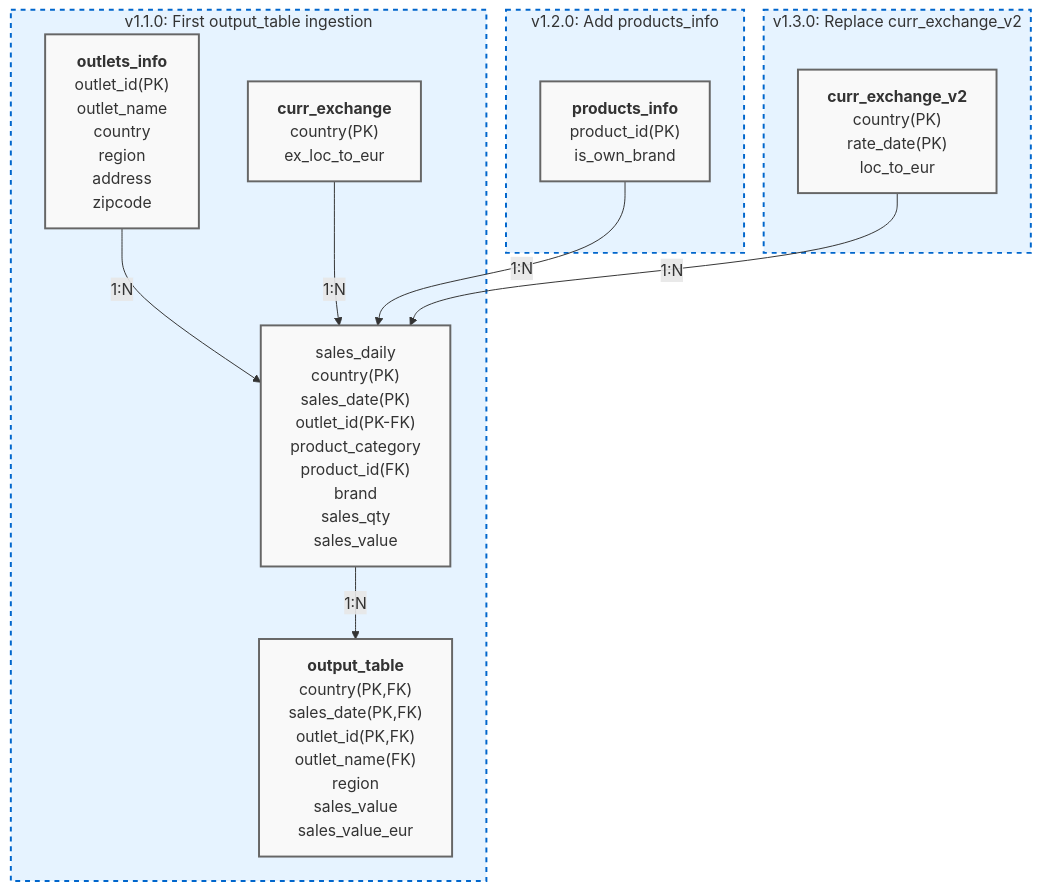
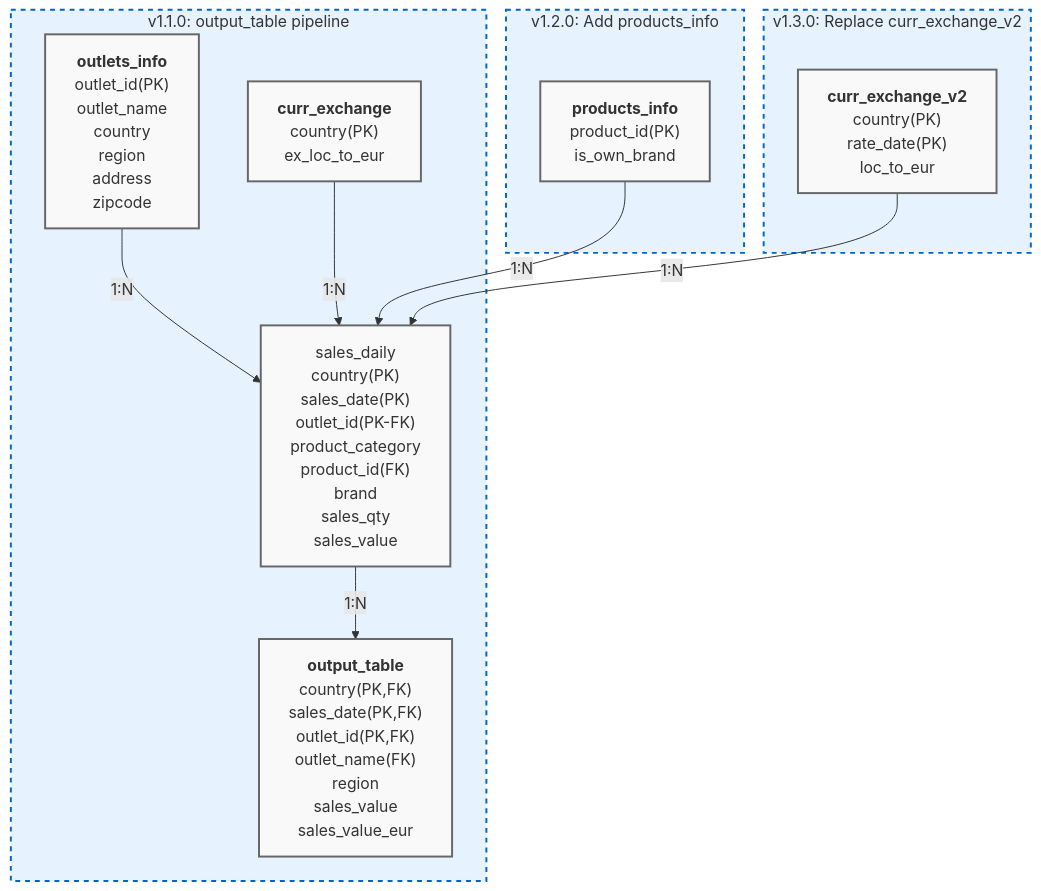
The diagram in test.md (juanjoiie/Quality-Engineer-Test), drawn with Mermaid before and after one commit.

````diff
--- a/test.md
+++ b/test.md
@@ -4,61 +4,61 @@
 ```mermaid
 %% MermaidJS Diagram (renders in Markdown-compatible tools)
 flowchart TD
     %% ===== v1.1.0 =====
-    subgraph v1_1_0["v1.1.0: First output_table ingestion"]
+    subgraph v1_1_0["v1.1.0: output_table pipeline"]
         outlets_info["<b>outlets_info</b>
                                     outlet_id(PK)
                                     outlet_name
                                     country
                                     region
                                     address
                                     zipcode"]
         curr_exchange["<b>curr_exchange</b>
                                       country(PK)
                                       ex_loc_to_eur"]
         sales_daily["sales_daily
                                   country(PK)
                                   sales_date(PK)
                                   outlet_id(PK-FK)
                                   product_category
                                   product_id(FK)
                                   brand
                                   sales_qty
                                   sales_value"]
         output_table["<b>output_table</b>
                                     country(PK,FK)
                                     sales_date(PK,FK)
                                     outlet_id(PK,FK)
                                     outlet_name(FK)
                                     region
                                     sales_value
                                     sales_value_eur"]
 
         outlets_info -->|1:N| sales_daily
         curr_exchange -->|1:N| sales_daily
         sales_daily -->|1:N| output_table
     end
 
     %% ===== v1.2.0 =====
     subgraph v1_2_0["v1.2.0: Add products_info"]
         products_info["<b>products_info</b>
                                       product_id(PK)
                                       is_own_brand"]
         products_info -->|1:N| sales_daily
     end
 
     %% ===== v1.3.0 =====
     subgraph v1_3_0["v1.3.0: Replace curr_exchange_v2"]
         curr_exchange_v2["<b>curr_exchange_v2</b>
                                             country(PK)
                                             rate_date(PK)
                                             loc_to_eur"]
         curr_exchange_v2 -->|1:N| sales_daily
     end
 
     %% Styling
     classDef entity fill:#f9f9f9,stroke:#666,stroke-width:2px;
     classDef version fill:#e6f3ff,stroke:#0066cc,stroke-width:2px,stroke-dasharray:5;
     class outlets_info,curr_exchange,sales_daily,output_table,products_info,curr_exchange_v2 entity;
     class v1_1_0,v1_2_0,v1_3_0 version;
 ```
````
